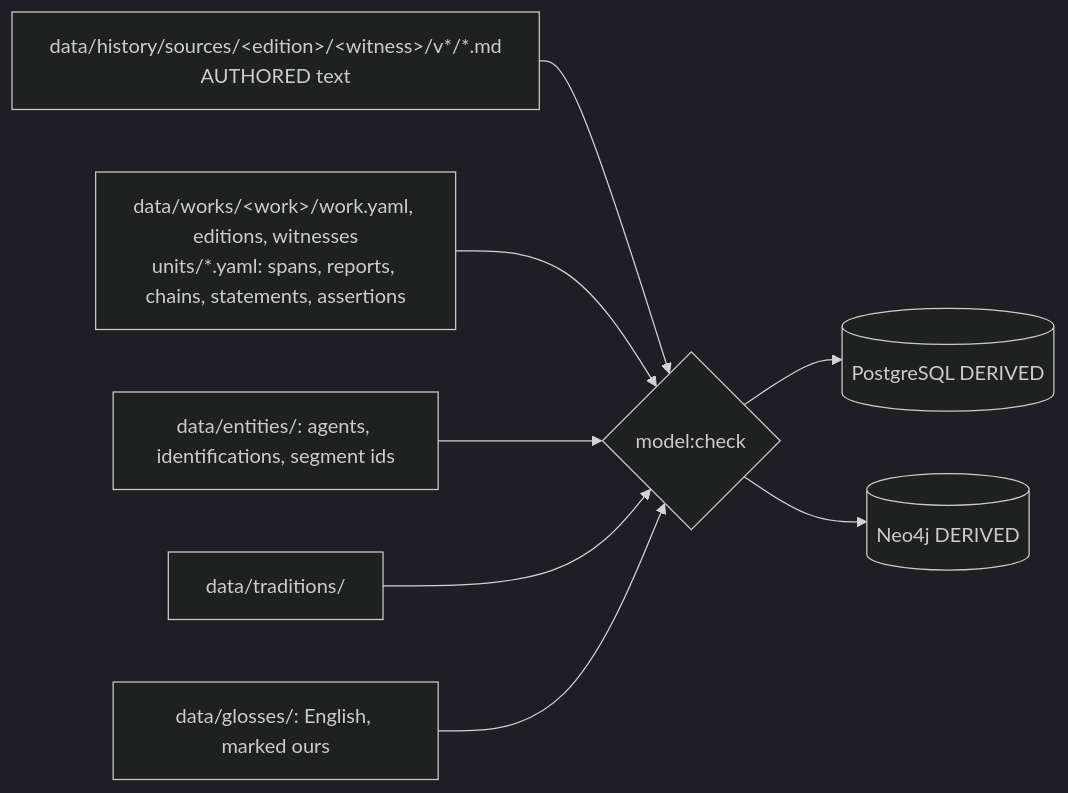
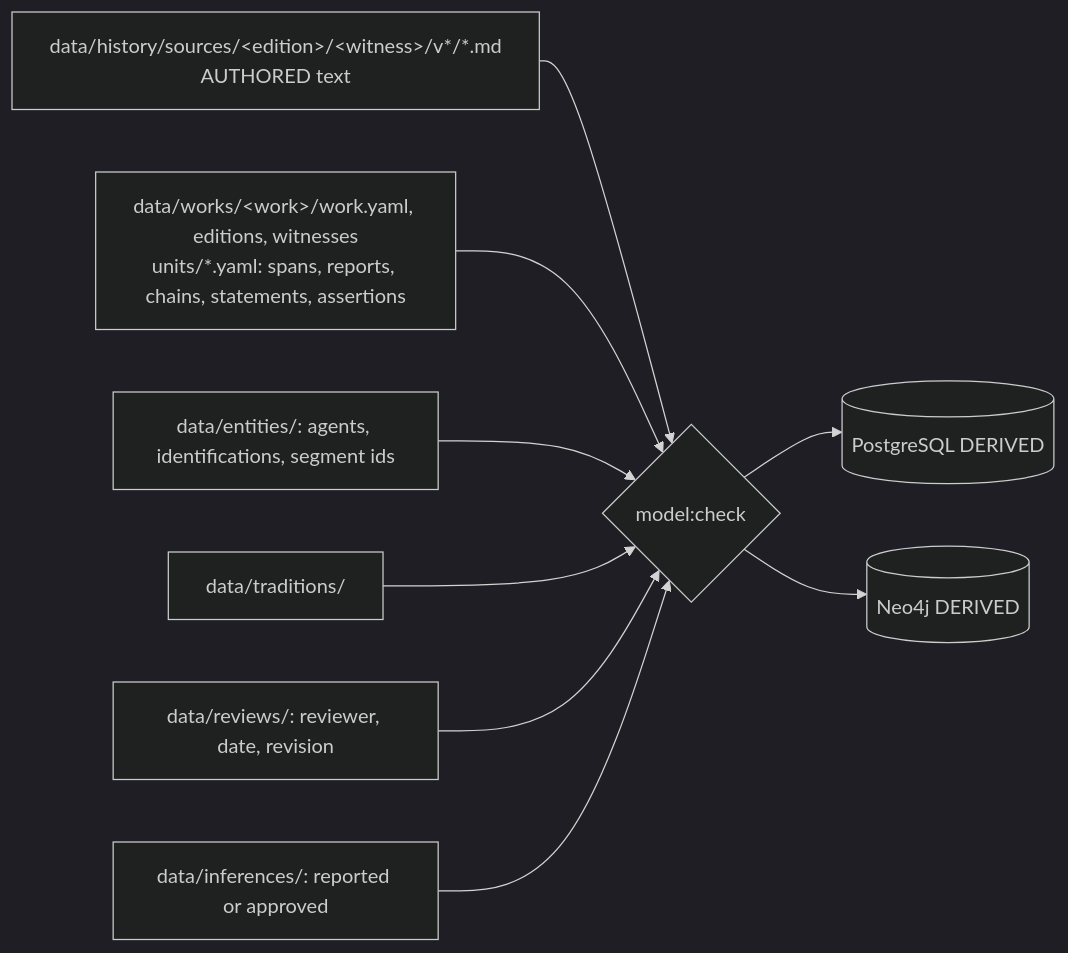
Before and after one commit to msskzx/namaq: the third of 5 diagrams in docs/plans/data-model/plan.md, drawn with Mermaid (dark theme). The commit also changed other lines of this file and 4 other files, not shown here.

````diff
--- a/docs/plans/data-model/plan.md
+++ b/docs/plans/data-model/plan.md
@@ -194,10 +246,11 @@
 ```mermaid
 flowchart LR
   S[data/history/sources/&lt;edition&gt;/&lt;witness&gt;/v*/*.md<br/>AUTHORED text] --> C{model:check}
   W[data/works/&lt;work&gt;/work.yaml, editions, witnesses<br/>units/*.yaml: spans, reports, chains, statements, assertions] --> C
   E[data/entities/: agents, identifications, segment ids] --> C
   T[data/traditions/] --> C
-  G[data/glosses/: English, marked ours] --> C
+  R[data/reviews/: reviewer, date, revision] --> C
+  I[data/inferences/: reported or approved] --> C
   C --> PG[(PostgreSQL DERIVED)]
   C --> N[(Neo4j DERIVED)]
 ```
````
